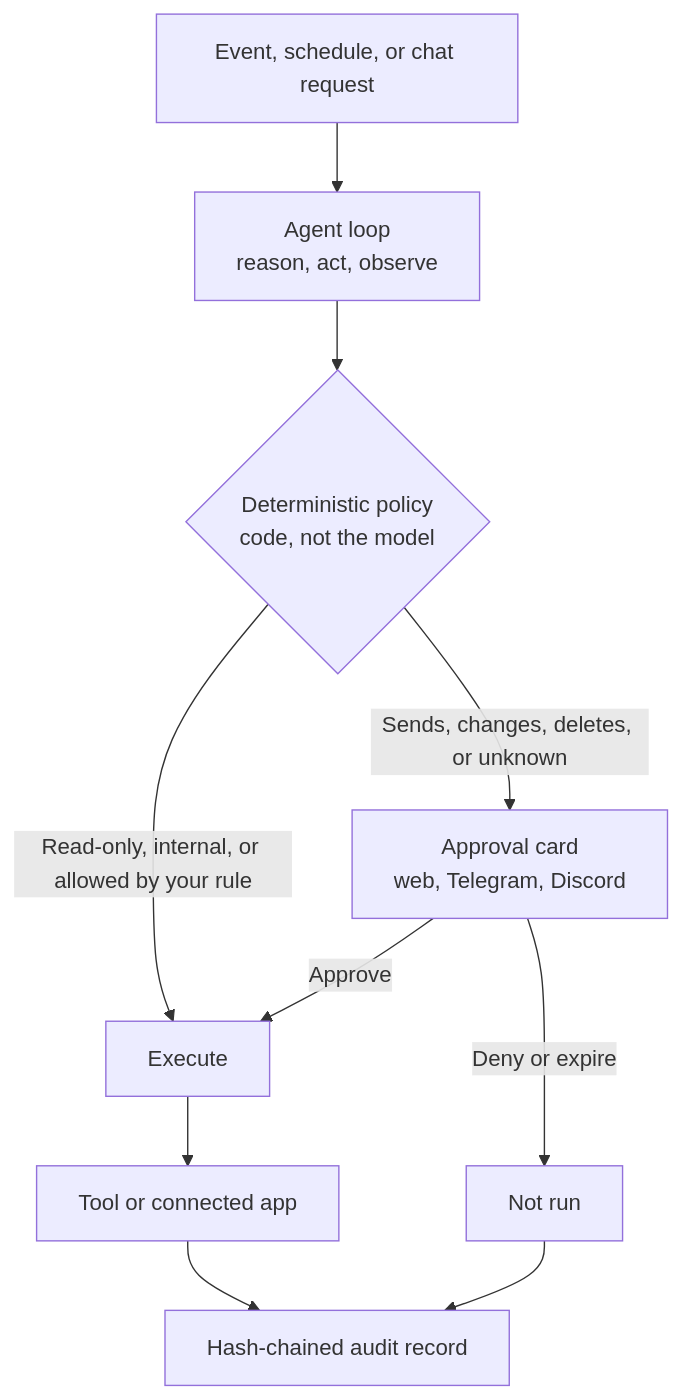
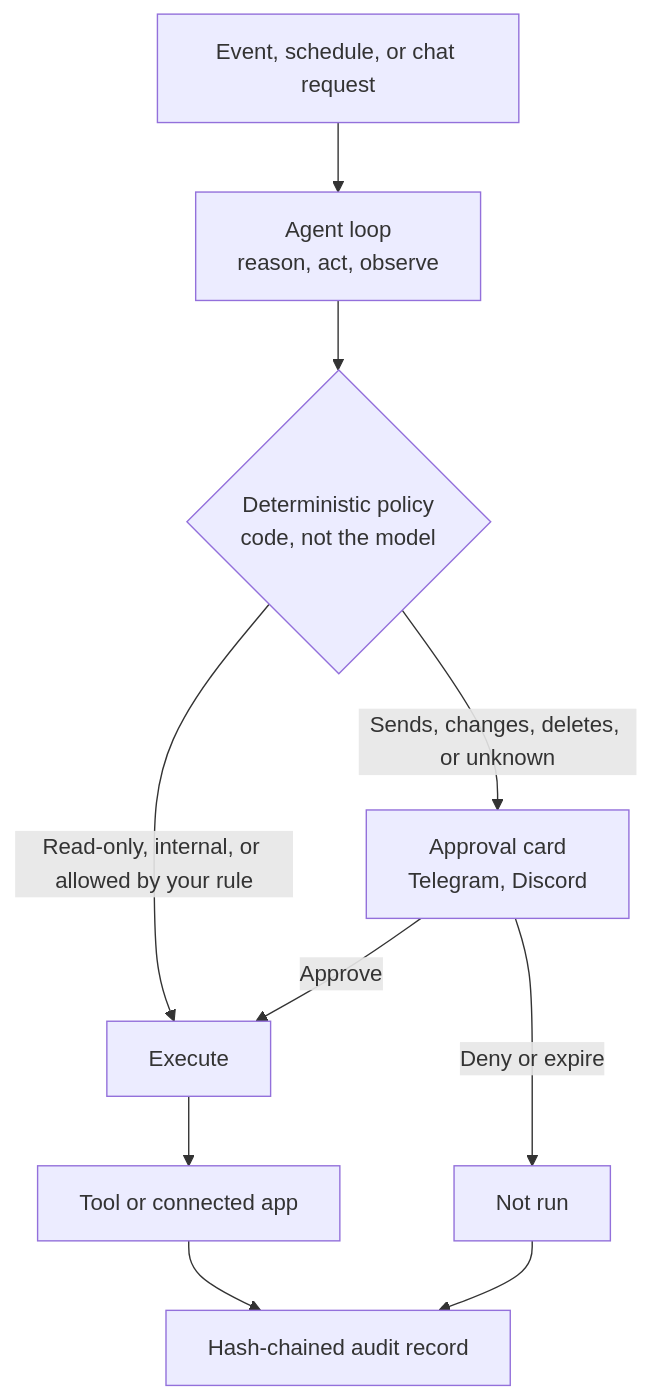
One commit to Vedant-Git-dev/Aether changed the first of 2 diagrams in README.md. Above: the diagram before and after it, drawn with Mermaid. The commit also changed other lines of this file and 20 other files, not shown here.

````diff
--- a/README.md
+++ b/README.md
@@ -118,12 +82,12 @@
 ```mermaid
 flowchart TD
     A["Event, schedule, or chat request"] --> B["Agent loop<br/>reason, act, observe"]
     B --> C{"Deterministic policy<br/>code, not the model"}
     C -->|"Read-only, internal, or allowed by your rule"| D["Execute"]
-    C -->|"Sends, changes, deletes, or unknown"| E["Approval card<br/>web, Telegram, Discord"]
+    C -->|"Sends, changes, deletes, or unknown"| E["Approval card<br/> Telegram, Discord"]
     E -->|"Approve"| D
     E -->|"Deny or expire"| F["Not run"]
     D --> G["Tool or connected app"]
     G --> H["Hash-chained audit record"]
     F --> H
 ```
````
